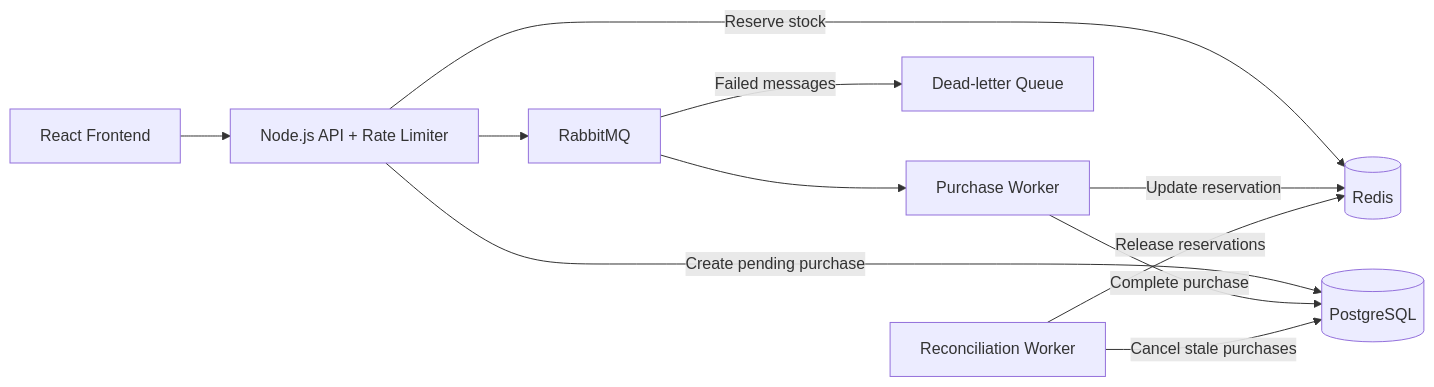
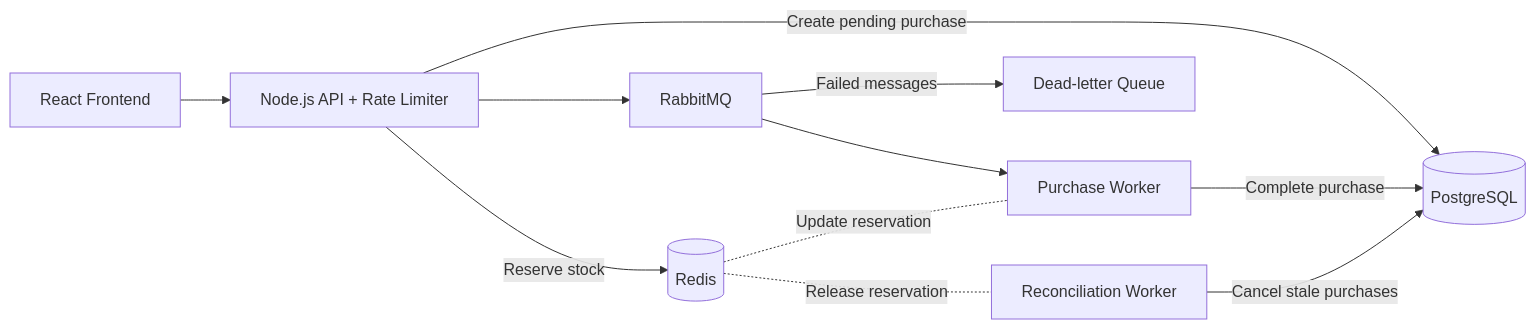
The diagram in README.md (iMaro40/flash-sale-poc), drawn with Mermaid before and after one commit.

Commit message:
try mchart

````diff
--- a/README.md
+++ b/README.md
@@ -67,13 +67,13 @@
 ```mermaid
 flowchart LR
     Frontend[React Frontend] --> API[Node.js API + Rate Limiter]
     API -->|Reserve stock| Redis[(Redis)]
     API -->|Create pending purchase| DB[(PostgreSQL)]
     API --> Queue[RabbitMQ]
     Queue --> Worker[Purchase Worker]
     Worker -->|Complete purchase| DB
-    Worker -->|Update reservation| Redis
+    Redis -.-|Update reservation| Worker
     Queue -->|Failed messages| DLQ[Dead-letter Queue]
     Reconciler[Reconciliation Worker] -->|Cancel stale purchases| DB
-    Reconciler -->|Release reservations| Redis
+    Redis -.-|Release reservation| Reconciler
 ```
````
